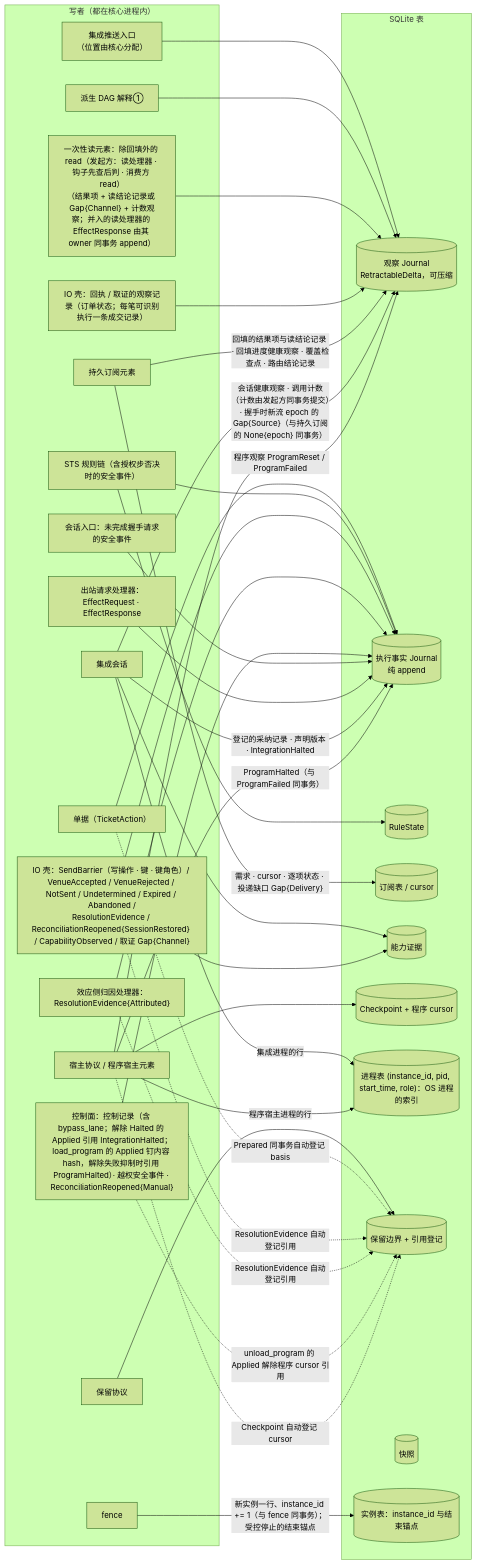
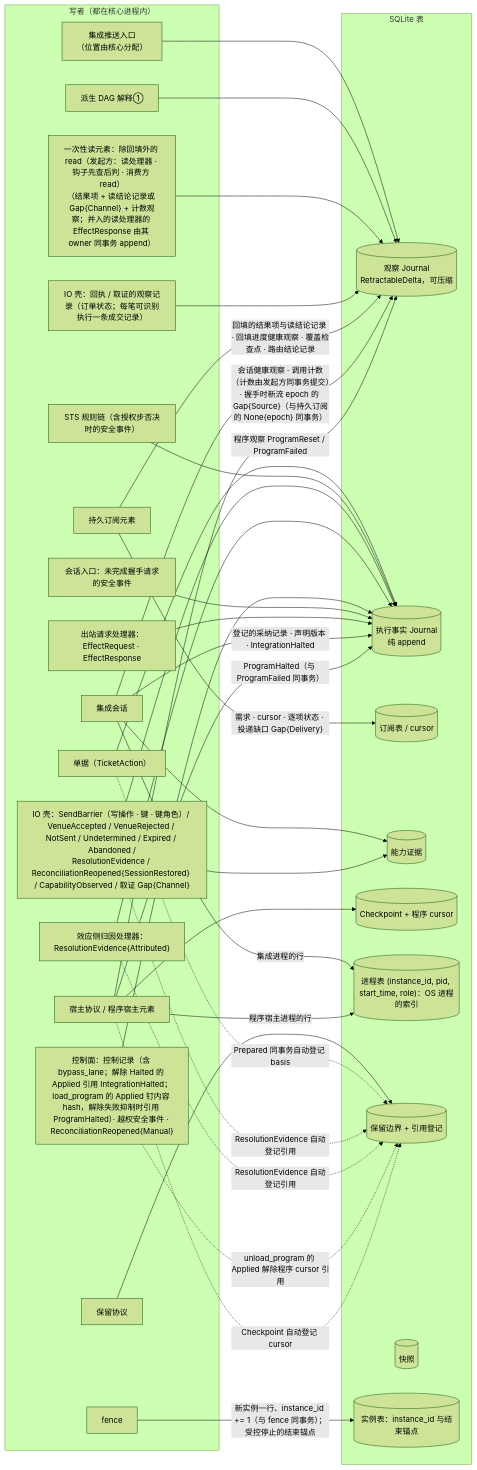
The fourth of 6 diagrams in design/diagrams/01-process-topology.md (mouriya-s-lab/uta), drawn with Mermaid (forest theme) before and after one commit. The commit also changed other lines of this file and 12 other files, not shown here.

````diff
--- a/design/diagrams/01-process-topology.md
+++ b/design/diagrams/01-process-topology.md
@@ -169,63 +169,61 @@
 ```mermaid
 flowchart LR
   subgraph W["写者（都在核心进程内）"]
     PUSH["集成推送入口<br/>（位置由核心分配）"]
     DAG["派生 DAG 解释①"]
     RD["一次性读元素：除回填外的 read（发起方：读处理器 · 钩子先查后判 · 消费方 read）<br/>（结果项 + 读结论记录或 Gap{Channel} + 计数观察；并入的读处理器的 EffectResponse 由其 owner 同事务 append）"]
     IOR["IO 壳：回执 / 取证的观察记录（订单状态；每笔可识别执行一条成交记录）"]
     TK["单据（TicketAction）"]
     STS["STS 规则链（含授权步否决时的安全事件）"]
     IOE["IO 壳：SendBarrier（写操作 · 键 · 键角色）/ VenueAccepted / VenueRejected / NotSent / Undetermined / Expired / Abandoned /<br/>ResolutionEvidence / ReconciliationReopened{SessionRestored} / CapabilityObserved / 取证 Gap{Channel}"]
     ATTR["效应侧归因处理器：ResolutionEvidence{Attributed}"]
     CTL["控制面：控制记录（含 bypass_lane；解除 Halted 的 Applied 引用 IntegrationHalted；load_program 的 Applied 钉内容 hash，解除失败抑制时引用 ProgramHalted）· 越权安全事件 · ReconciliationReopened{Manual}"]
     SESS["会话入口：未完成握手请求的安全事件"]
     OUT["出站请求处理器：EffectRequest · EffectResponse"]
     SUBEL["持久订阅元素"]
     ISESS["集成会话"]
     HOSTP["宿主协议 / 程序宿主元素"]
     FENCE["fence"]
     RET["保留协议"]
   end
   subgraph T["SQLite 表"]
     OJ[("观察 Journal<br/>RetractableDelta，可压缩")]
     EJ[("执行事实 Journal<br/>纯 append")]
-    RS[("RuleState")]
     SUB[("订阅表 / cursor")]
     CAP[("能力证据")]
     CK[("Checkpoint + 程序 cursor")]
     PT[("进程表 (instance_id, pid, start_time, role)：OS 进程的索引")]
     RB[("保留边界 + 引用登记")]
     SN[("快照")]
     IID[("实例表：instance_id 与结束锚点")]
   end
   PUSH --> OJ
   DAG --> OJ
   RD --> OJ
   IOR --> OJ
   TK --> EJ
   STS --> EJ
-  STS --> RS
   IOE --> EJ
   ATTR --> EJ
   CTL --> EJ
   SESS --> EJ
   OUT --> EJ
   SUBEL -->|"需求 · cursor · 逐项状态 · 投递缺口 Gap{Delivery}"| SUB
   SUBEL -->|"回填的结果项与读结论记录 · 回填进度健康观察 · 覆盖检查点 · 路由结论记录"| OJ
   ISESS --> CAP
   ISESS -->|"登记的采纳记录 · 声明版本 · IntegrationHalted"| EJ
   ISESS -->|"集成进程的行"| PT
   ISESS -->|"会话健康观察 · 调用计数（计数由发起方同事务提交）· 握手时新流 epoch 的 Gap{Source}（与持久订阅的 None{epoch} 同事务）"| OJ
   HOSTP -->|"程序宿主进程的行"| PT
   IOE --> CAP
   HOSTP --> CK
   HOSTP -->|"程序观察 ProgramReset / ProgramFailed"| OJ
   HOSTP -->|"ProgramHalted（与 ProgramFailed 同事务）"| EJ
   FENCE -->|"新实例一行、instance_id += 1（与 fence 同事务）；受控停止的结束锚点"| IID
   RET --> RB
   TK -.->|"Prepared 同事务自动登记 basis"| RB
   IOE -.->|"ResolutionEvidence 自动登记引用"| RB
   ATTR -.->|"ResolutionEvidence 自动登记引用"| RB
   CTL -.->|"unload_program 的 Applied 解除程序 cursor 引用"| RB
   HOSTP -.->|"Checkpoint 自动登记 cursor"| RB
 ```
````
